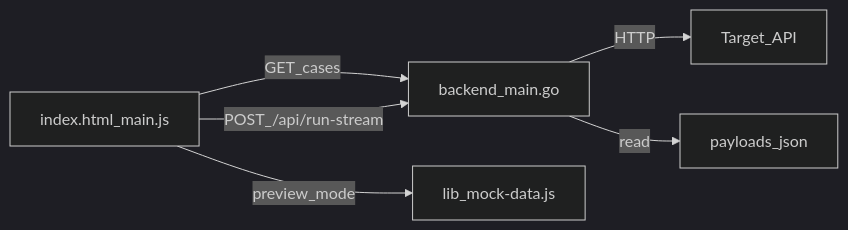
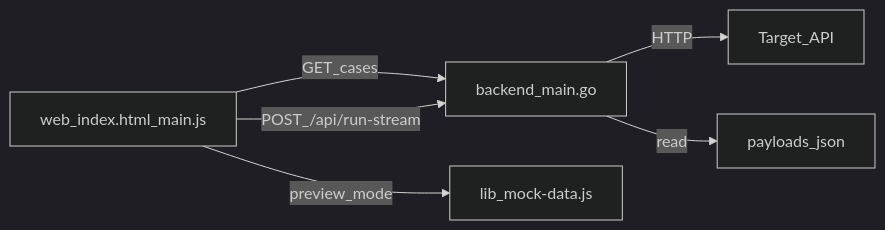
Before and after one commit to ruby1ring/provider-diff: the diagram in prd.md, drawn with Mermaid (dark theme). The commit also changed other lines of this file and 54 other files, not shown here.

````diff
--- a/prd.md
+++ b/prd.md
@@ -91,8 +91,8 @@
 ```mermaid
 flowchart LR
-  RunView[index.html_main.js] -->|GET_cases| Backend[backend_main.go]
+  RunView[web_index.html_main.js] -->|GET_cases| Backend[backend_main.go]
   RunView -->|POST_/api/run-stream| Backend
   Backend -->|HTTP| ProviderAPI[Target_API]
   Backend -->|read| Payloads[payloads_json]
   RunView -->|preview_mode| MockData[lib_mock-data.js]
 ```
````
